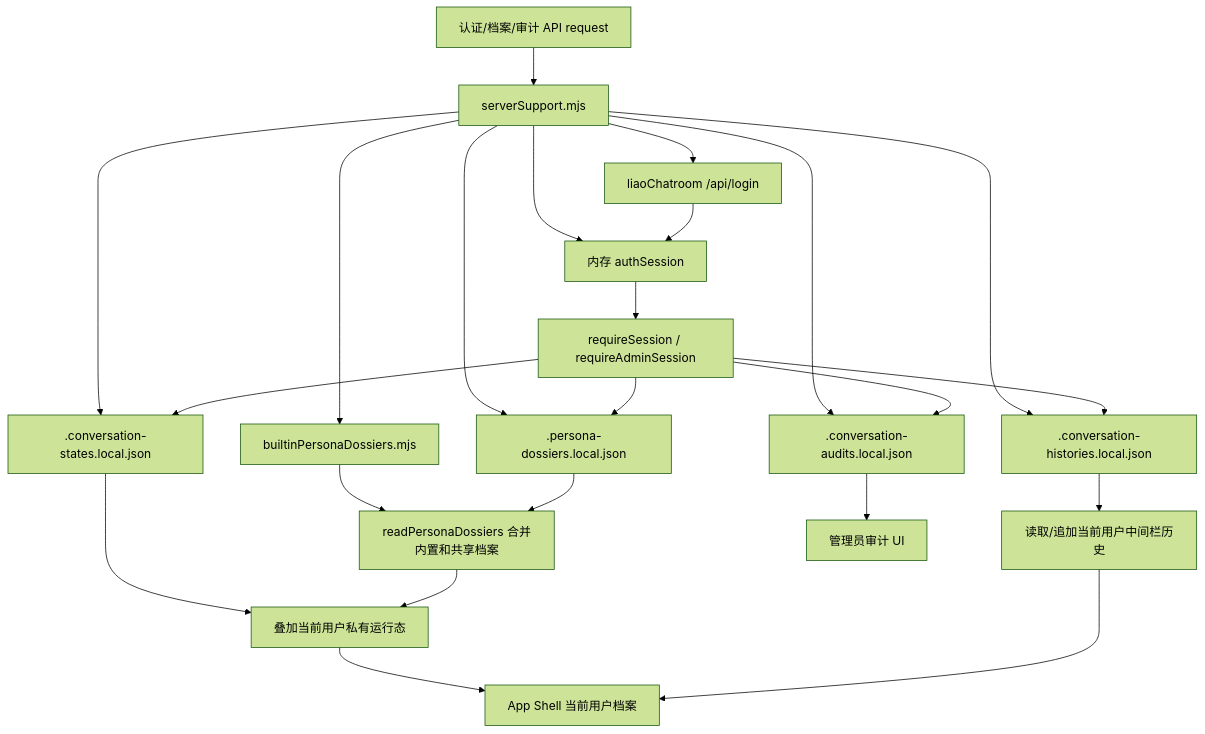
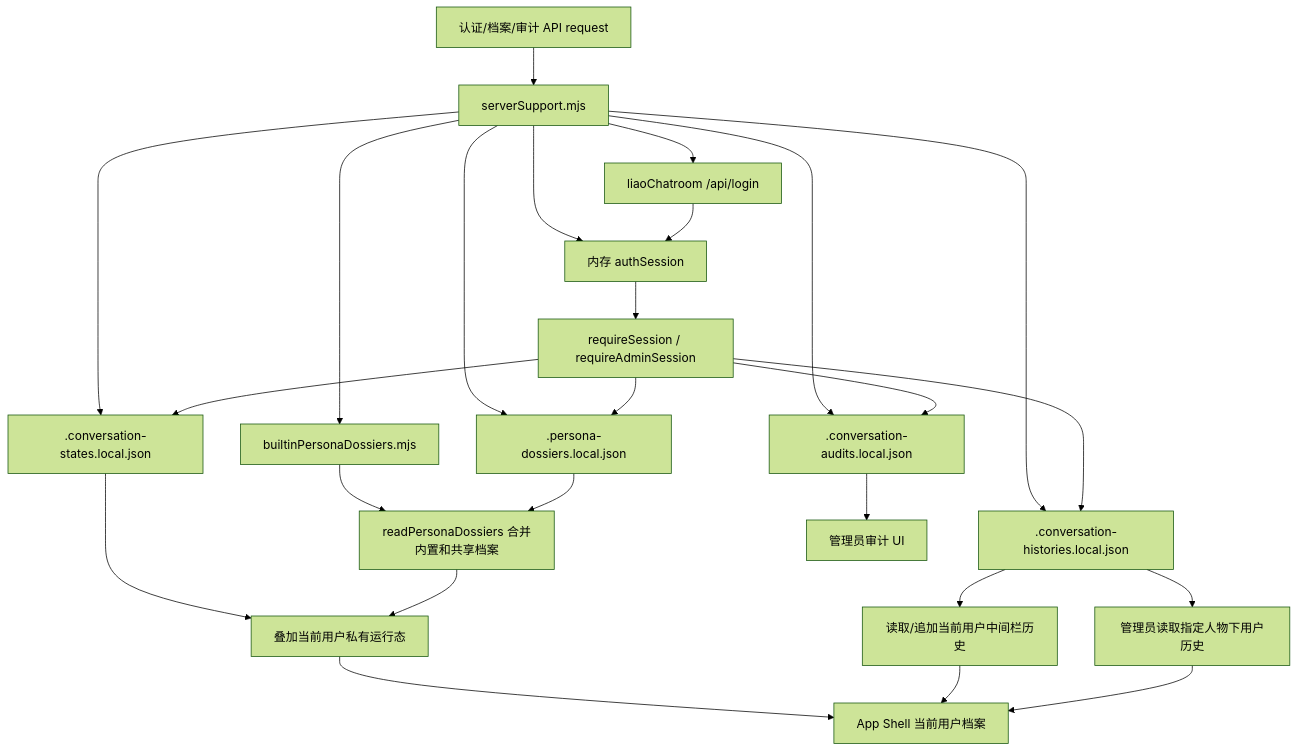
One commit to ttmanthatman/virtual-human-flow changed diagram 27 of 31 in docs/SYSTEM_FLOW.md. Above: the diagram before and after it, drawn with Mermaid (forest theme). The commit also changed other lines of this file and 10 other files, not shown here.

````diff
--- a/docs/SYSTEM_FLOW.md
+++ b/docs/SYSTEM_FLOW.md
@@ -617,25 +622,27 @@
 ```mermaid
 flowchart TD
     REQ["认证/档案/审计 API request"] --> SUPPORT["serverSupport.mjs"]
     SUPPORT --> LIAO["liaoChatroom /api/login"]
     SUPPORT --> SESS["内存 authSession"]
     SUPPORT --> BUILTIN["builtinPersonaDossiers.mjs"]
     SUPPORT --> DOS[".persona-dossiers.local.json"]
     SUPPORT --> USTATE[".conversation-states.local.json"]
     SUPPORT --> UHIST[".conversation-histories.local.json"]
     SUPPORT --> AUD[".conversation-audits.local.json"]
     LIAO --> SESS
     SESS --> PERM["requireSession / requireAdminSession"]
     BUILTIN --> MERGE["readPersonaDossiers 合并内置和共享档案"]
     USTATE --> OVERLAY["叠加当前用户私有运行态"]
     UHIST --> CHATHIST["读取/追加当前用户中间栏历史"]
+    UHIST --> ADMINHIST["管理员读取指定人物下用户历史"]
     PERM --> DOS
     PERM --> USTATE
     PERM --> UHIST
     PERM --> AUD
     DOS --> MERGE
     MERGE --> OVERLAY
     OVERLAY --> APP["App Shell 当前用户档案"]
     CHATHIST --> APP
+    ADMINHIST --> APP
     AUD --> ADMINUI["管理员审计 UI"]
 ```
````
